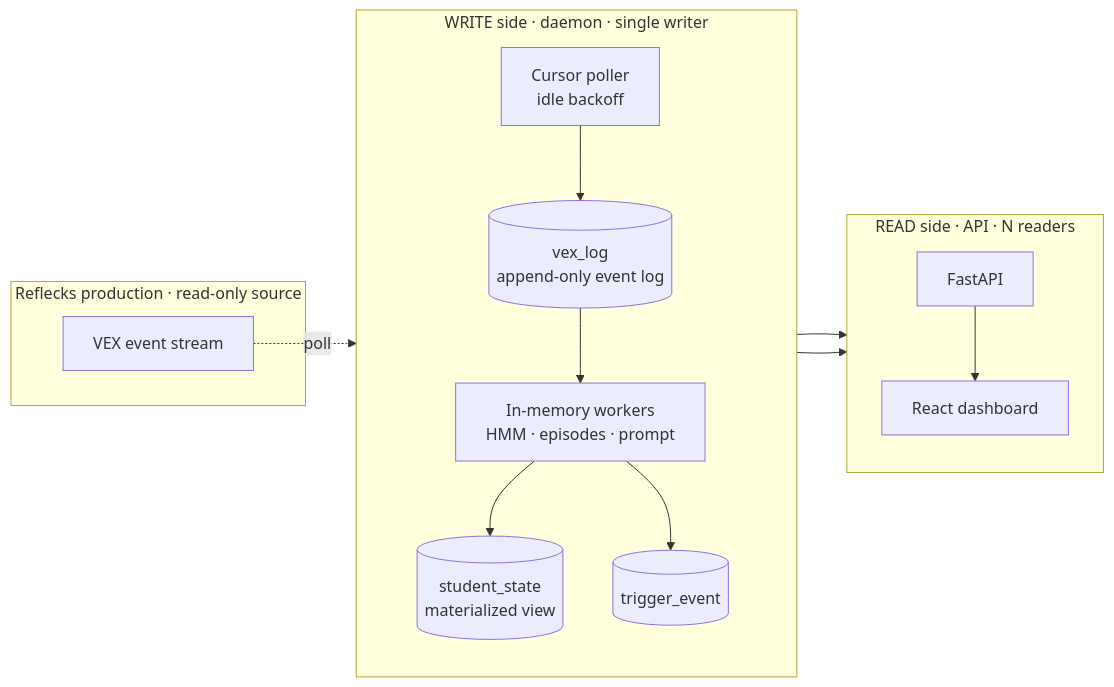
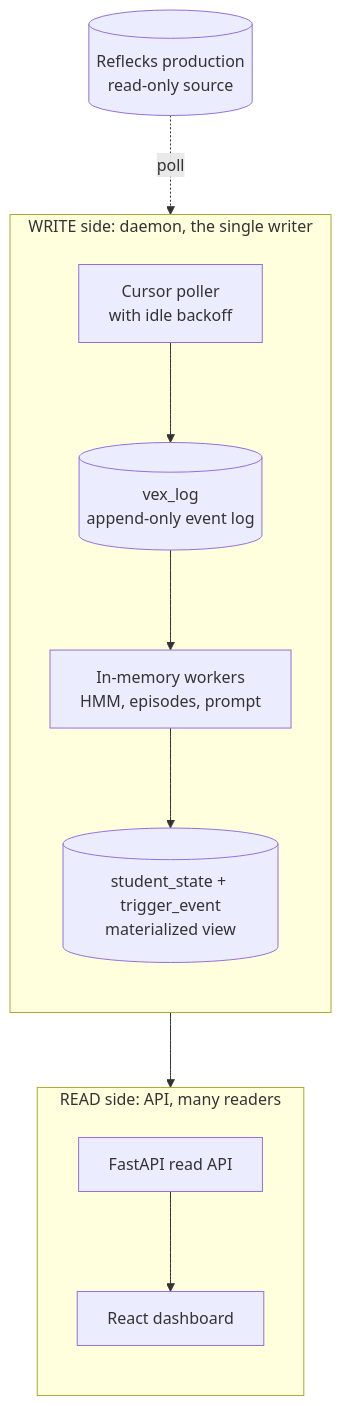
Before and after one commit to InviteInstitute/lm-dashboard: the diagram in docs/concepts/architecture.md, drawn with Mermaid. The commit also changed other lines of this file and 10 other files, not shown here.

````diff
--- a/docs/concepts/architecture.md
+++ b/docs/concepts/architecture.md
@@ -16,29 +19,24 @@
 ```mermaid
-flowchart LR
-    subgraph prod["Reflecks production · read-only source"]
-        ev["VEX event stream"]
+%%{init: {"flowchart": {"nodeSpacing": 60, "rankSpacing": 75}}}%%
+flowchart TB
+    prod[("Reflecks production<br/>read-only source")]
+
+    subgraph WRITE["WRITE side: daemon, the single writer"]
+        direction TB
+        poll["Cursor poller<br/>with idle backoff"]
+        log[("vex_log<br/>append-only event log")]
+        workers["In-memory workers<br/>HMM, episodes, prompt"]
+        proj[("student_state + trigger_event<br/>materialized view")]
+        poll --> log --> workers --> proj
     end
 
-    subgraph write["WRITE side · daemon · single writer"]
+    subgraph READ["READ side: API, many readers"]
         direction TB
-        poll["Cursor poller<br/>idle backoff"]
-        log[("vex_log<br/>append-only event log")]
-        workers["In-memory workers<br/>HMM · episodes · prompt"]
-        state[("student_state<br/>materialized view")]
-        trig[("trigger_event")]
-        poll --> log --> workers
-        workers --> state
-        workers --> trig
+        api["FastAPI read API"]
+        ui["React dashboard"]
+        api --> ui
     end
 
-    subgraph read["READ side · API · N readers"]
-        direction TB
-        fastapi["FastAPI"]
-        ui["React dashboard"]
-        fastapi --> ui
-    end
-
-    ev -. "poll" .-> poll
-    state --> fastapi
-    trig --> fastapi
+    prod -. "poll" .-> poll
+    proj --> api
 ```
````
